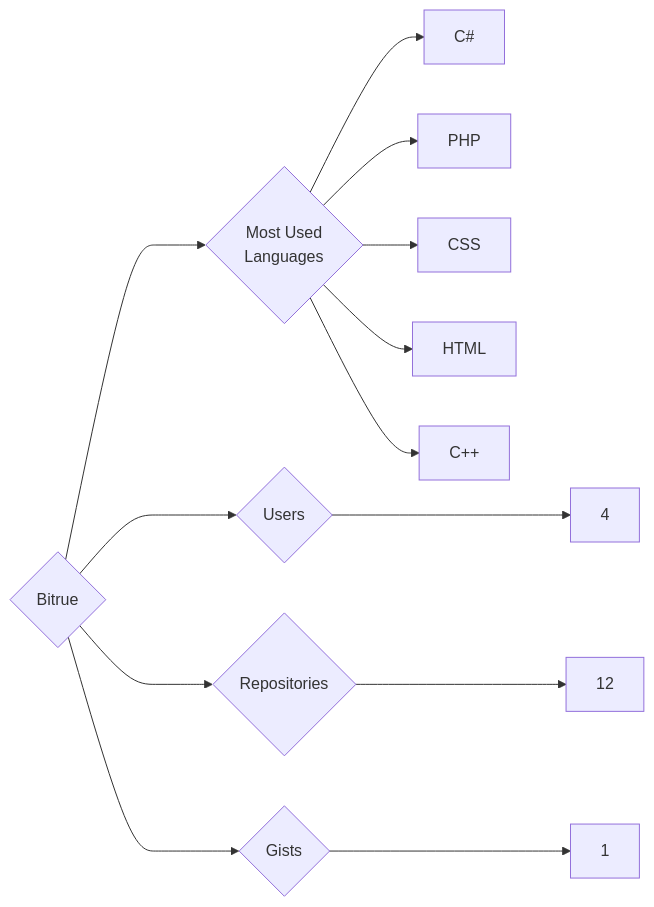
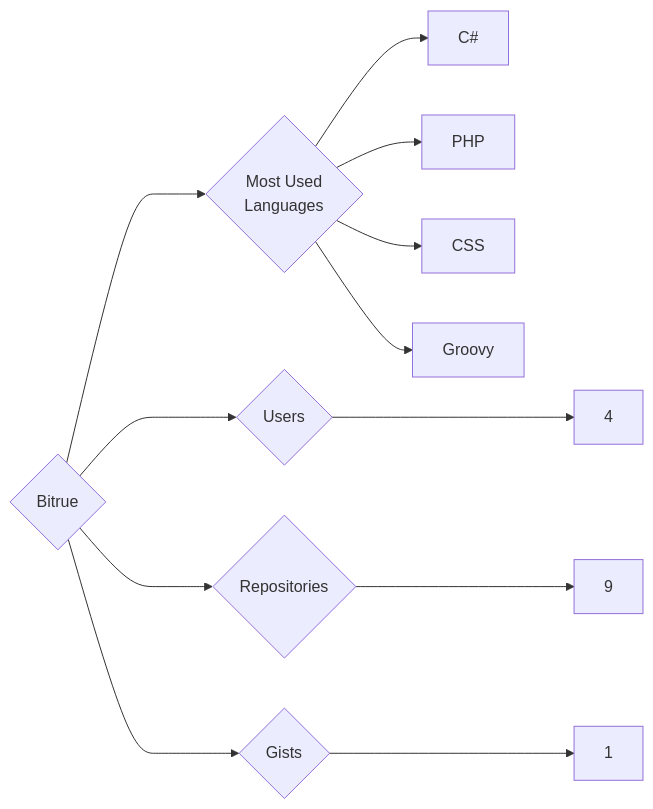
One commit to trickest/insiders changed the diagram in targets/Bitrue/README.md. Above: the diagram before and after it, drawn with Mermaid. The commit also changed 728 other files, not shown here.

````diff
--- a/targets/Bitrue/README.md
+++ b/targets/Bitrue/README.md
@@ -3,13 +3,12 @@
 ```mermaid
 graph LR
 COMPANY_NAME{Bitrue}
 COMPANY_NAME ---> U{Users} ---> UN[4]
-COMPANY_NAME ---> R{Repositories} ---> RN[12]
+COMPANY_NAME ---> R{Repositories} ---> RN[9]
 COMPANY_NAME ---> G{Gists} ---> GN[1]
 COMPANY_NAME ---> ML{Most Used<br>Languages}
 ML --> C#[C#]
 ML --> PHP[PHP]
 ML --> CSS[CSS]
-ML --> HTML[HTML]
-ML --> C++[C++]
+ML --> Groovy[Groovy]
 ```
````
